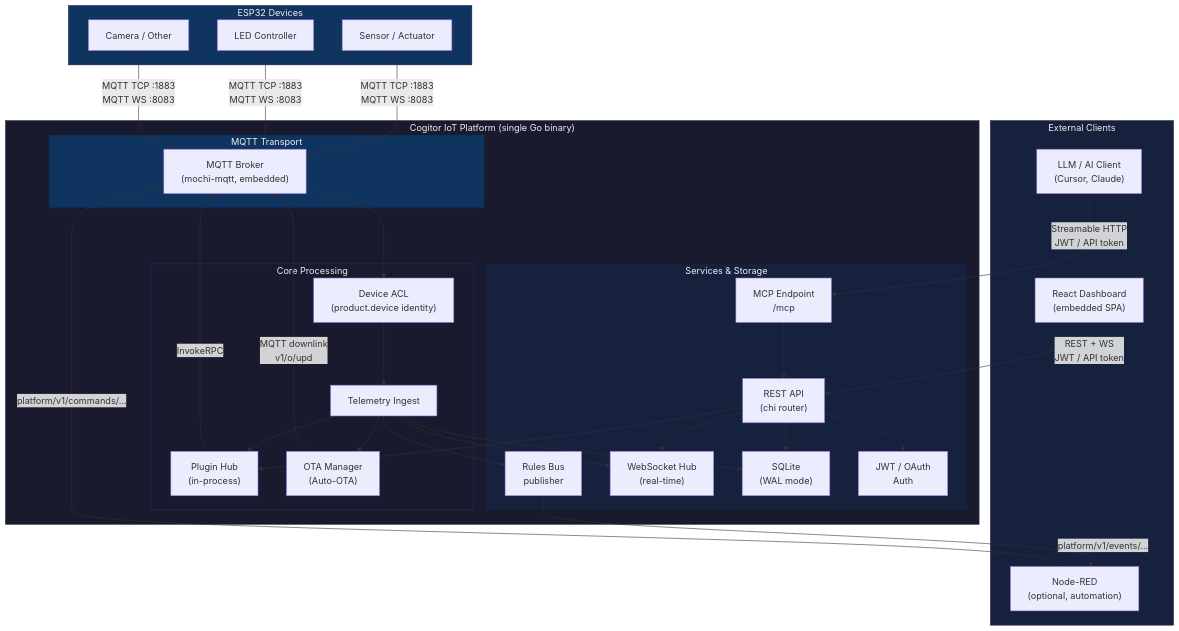
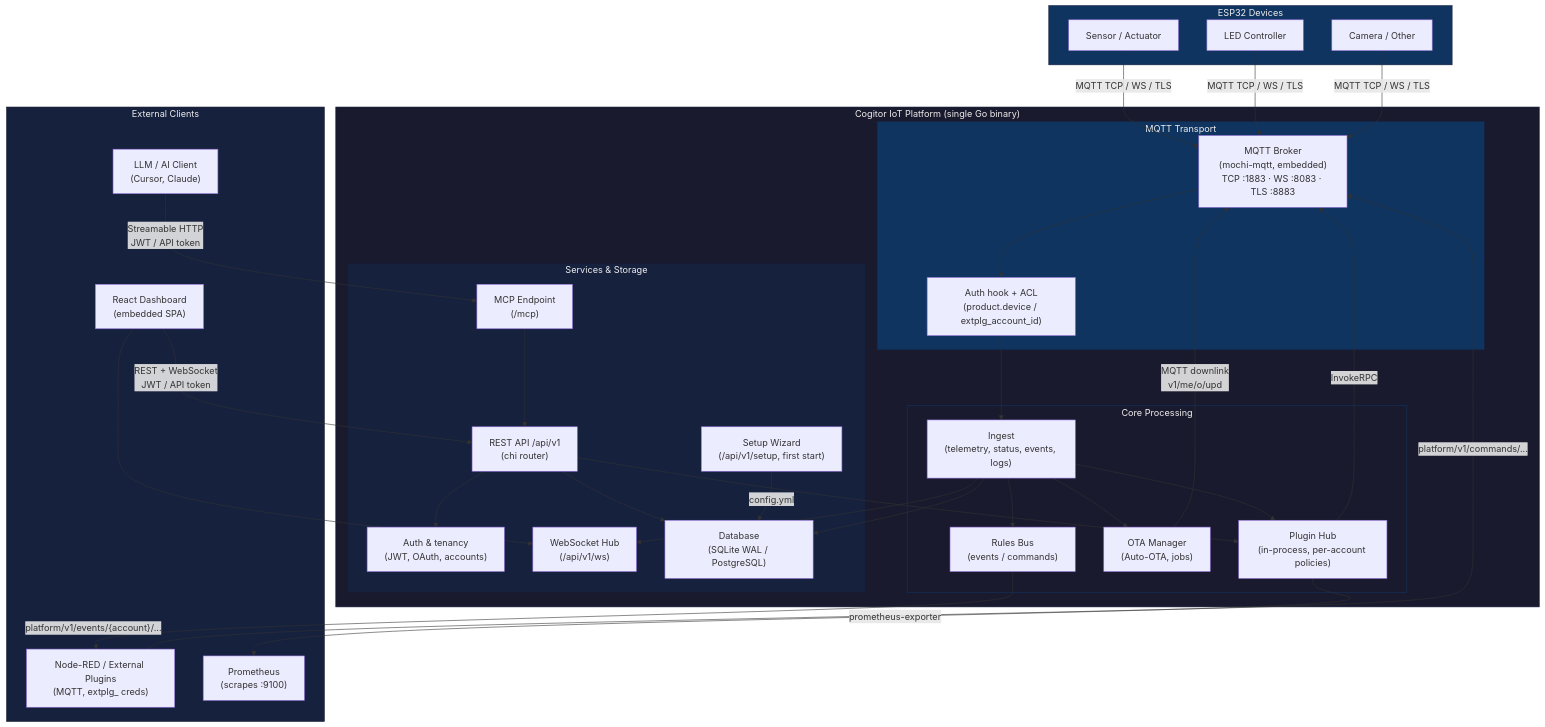
The first of 14 diagrams in docs/en/14-diagrams.md (darvik80/iot-platform-go), drawn with Mermaid before and after one commit. The commit also changed other lines of this file and 81 other files, not shown here.

````diff
--- a/docs/en/14-diagrams.md
+++ b/docs/en/14-diagrams.md
@@ -14,74 +14,78 @@
 ```mermaid
 graph TB
     subgraph Devices["ESP32 Devices"]
         ESP1["Sensor / Actuator"]
         ESP2["LED Controller"]
         ESP3["Camera / Other"]
     end
 
     subgraph Platform["Cogitor IoT Platform (single Go binary)"]
         subgraph Transport["MQTT Transport"]
-            Broker["MQTT Broker<br/>(mochi-mqtt, embedded)"]
+            Broker["MQTT Broker<br/>(mochi-mqtt, embedded)<br/>TCP :1883 · WS :8083 · TLS :8883"]
+            ACL["Auth hook + ACL<br/>(product.device / extplg_account_id)"]
         end
 
         subgraph Core["Core Processing"]
-            ACL["Device ACL<br/>(product.device identity)"]
-            Ingest["Telemetry Ingest"]
-            PluginHub["Plugin Hub<br/>(in-process)"]
-            OTA["OTA Manager<br/>(Auto-OTA)"]
+            Ingest["Ingest<br/>(telemetry, status, events, logs)"]
+            PluginHub["Plugin Hub<br/>(in-process, per-account policies)"]
+            OTA["OTA Manager<br/>(Auto-OTA, jobs)"]
+            Rules["Rules Bus<br/>(events / commands)"]
         end
 
         subgraph Services["Services & Storage"]
-            Rules["Rules Bus<br/>publisher"]
-            WS["WebSocket Hub<br/>(real-time)"]
-            DB["SQLite<br/>(WAL mode)"]
-            API["REST API<br/>(chi router)"]
-            Auth["JWT / OAuth<br/>Auth"]
-            MCP["MCP Endpoint<br/>/mcp"]
+            API["REST API /api/v1<br/>(chi router)"]
+            Auth["Auth & tenancy<br/>(JWT, OAuth, accounts)"]
+            WS["WebSocket Hub<br/>(/api/v1/ws)"]
+            MCP["MCP Endpoint<br/>(/mcp)"]
+            Setup["Setup Wizard<br/>(/api/v1/setup, first start)"]
+            DB["Database<br/>(SQLite WAL / PostgreSQL)"]
         end
     end
 
     subgraph External["External Clients"]
         UI["React Dashboard<br/>(embedded SPA)"]
-        NR["Node-RED<br/>(optional, automation)"]
         LLM["LLM / AI Client<br/>(Cursor, Claude)"]
+        NR["Node-RED / External Plugins<br/>(MQTT, extplg_ creds)"]
+        Prom["Prometheus<br/>(scrapes :9100)"]
     end
 
     %% Device → Transport
-    ESP1 & ESP2 & ESP3 -->|"MQTT TCP :1883<br/>MQTT WS :8083"| Broker
+    ESP1 & ESP2 & ESP3 -->|"MQTT TCP / WS / TLS"| Broker
 
     %% Transport → Core
     Broker --> ACL
     ACL --> Ingest
 
     %% Core internal
     Ingest --> PluginHub
     Ingest --> OTA
+    Ingest --> Rules
 
     %% Core → Services
     Ingest --> DB
     Ingest --> WS
-    Ingest --> Rules
     PluginHub -->|"InvokeRPC"| Broker
-    OTA -->|"MQTT downlink<br/>v1/o/upd"| Broker
+    OTA -->|"MQTT downlink<br/>v1/me/o/upd"| Broker
 
     %% Services internal
     API --> Auth
     API --> DB
-    API --> WS
     API --> PluginHub
     MCP --> API
+    Setup -->|"config.yml"| DB
 
     %% Services ↔ External
-    Rules -->|"platform/v1/events/..."| NR
+    Rules -->|"platform/v1/events/{account}/..."| NR
     NR -->|"platform/v1/commands/..."| Broker
-    UI -->|"REST + WS<br/>JWT / API token"| API
+    UI -->|"REST + WebSocket<br/>JWT / API token"| API
+    UI --> WS
     LLM -->|"Streamable HTTP<br/>JWT / API token"| MCP
+    PluginHub -->|"prometheus-exporter"| Prom
 
     style Platform fill:#1a1a2e,stroke:#16213e,color:#eee
     style Transport fill:#0f3460,stroke:#16213e,color:#eee
     style Core fill:#1a1a2e,stroke:#0f3460,color:#eee
     style Services fill:#16213e,stroke:#1a1a2e,color:#eee
     style Devices fill:#0f3460,stroke:#16213e,color:#eee
     style External fill:#16213e,stroke:#1a1a2e,color:#eee
 ```
````
